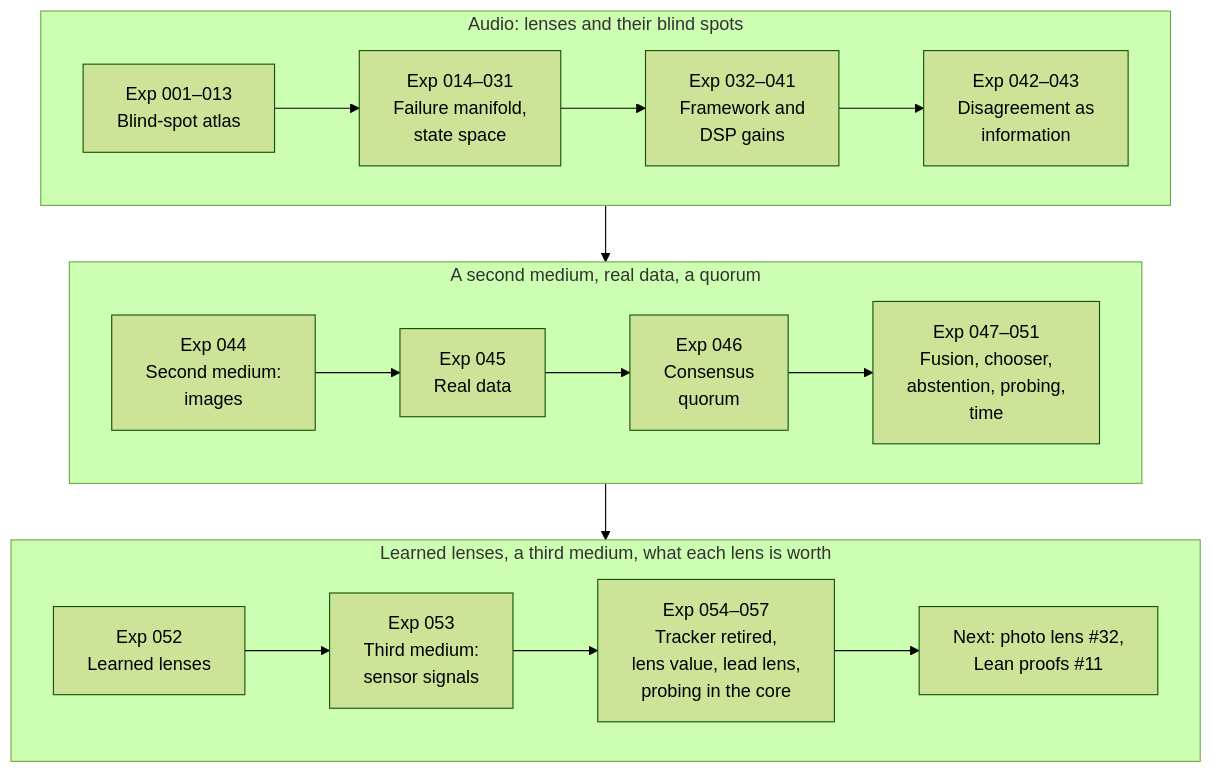
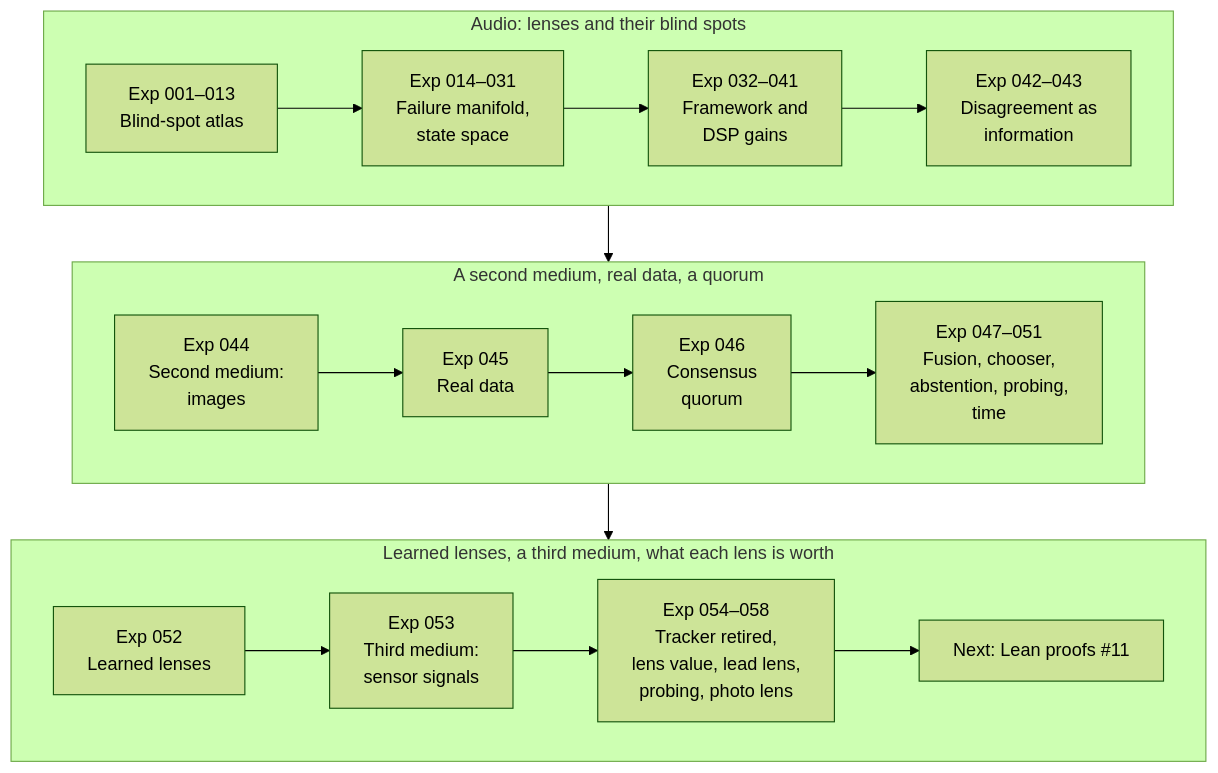
One commit to SpacekidLabs/representation-fragility-lab changed the third of 3 diagrams in README.md. Above: the diagram before and after it, drawn with Mermaid (forest theme). The commit also changed other lines of this file and 12 other files, not shown here.

First line of the commit message:
A learned image lens trained on photos, admitted by coverage: Exp 058 (closes #32)

````diff
--- a/README.md
+++ b/README.md
@@ -90,22 +90,22 @@
 ```mermaid
 flowchart TB
     subgraph R1["Audio: lenses and their blind spots"]
         direction LR
         A["Exp 001–013<br/>Blind-spot atlas"] --> B["Exp 014–031<br/>Failure manifold,<br/>state space"]
         B --> C["Exp 032–041<br/>Framework and<br/>DSP gains"]
         C --> D["Exp 042–043<br/>Disagreement as<br/>information"]
     end
     subgraph R2["A second medium, real data, a quorum"]
         direction LR
         E["Exp 044<br/>Second medium:<br/>images"] --> G["Exp 045<br/>Real data"]
         G --> H["Exp 046<br/>Consensus<br/>quorum"]
         H --> I["Exp 047–051<br/>Fusion, chooser,<br/>abstention, probing,<br/>time"]
     end
     subgraph R3["Learned lenses, a third medium, what each lens is worth"]
         direction LR
         J["Exp 052<br/>Learned lenses"] --> K["Exp 053<br/>Third medium:<br/>sensor signals"]
-        K --> L["Exp 054–057<br/>Tracker retired,<br/>lens value, lead lens,<br/>probing in the core"]
-        L --> F["Next: photo lens #32,<br/>Lean proofs #11"]
+        K --> L["Exp 054–058<br/>Tracker retired,<br/>lens value, lead lens,<br/>probing, photo lens"]
+        L --> F["Next: Lean proofs #11"]
     end
     R1 --> R2 --> R3
 ```
````
